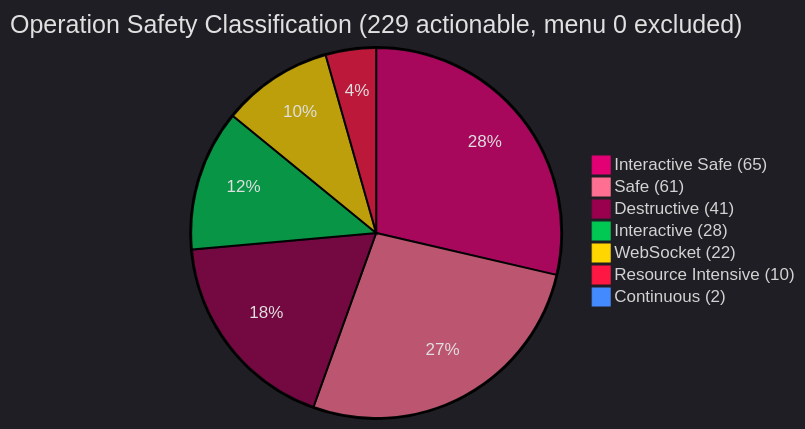
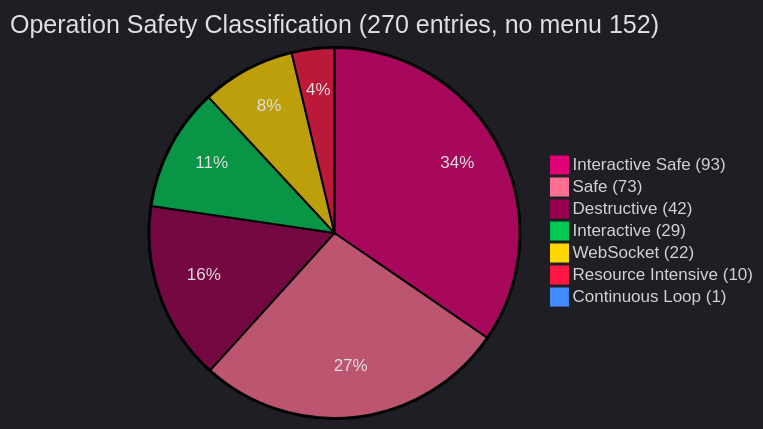
One commit to jmorrison-juniper/MistHelper changed the first of 5 diagrams in documentation/diagrams/operations/metrics-and-analytics.md. Above: the diagram before and after it, drawn with Mermaid. The commit also changed other lines of this file and 110 other files, not shown here.

````diff
--- a/documentation/diagrams/operations/metrics-and-analytics.md
+++ b/documentation/diagrams/operations/metrics-and-analytics.md
@@ -11,28 +11,28 @@
 ```mermaid
 %%{init: {'theme': 'dark', 'themeVariables': {
   'primaryColor': '#E20074',
   'primaryTextColor': '#E0E0E0',
   'primaryBorderColor': '#99004D',
   'lineColor': '#FF4DA6',
   'secondaryColor': '#16213E',
   'tertiaryColor': '#1A1A2E',
   'pie1': '#E20074',
   'pie2': '#FF6F91',
   'pie3': '#99004D',
   'pie4': '#00C853',
   'pie5': '#FFD600',
   'pie6': '#FF1744',
   'pie7': '#448AFF',
   'pie8': '#A0A0B0',
   'pieTitleTextColor': '#E0E0E0',
   'pieSectionTextColor': '#E0E0E0'
 }, 'pie': {'textPosition': 0.75}}}%%
-pie title Operation Safety Classification (229 actionable, menu 0 excluded)
-    "Interactive Safe (65)" : 65
-    "Safe (61)" : 61
-    "Destructive (41)" : 41
-    "Interactive (28)" : 28
+pie title Operation Safety Classification (270 entries, no menu 152)
+    "Interactive Safe (93)" : 93
+    "Safe (73)" : 73
+    "Destructive (42)" : 42
+    "Interactive (29)" : 29
     "WebSocket (22)" : 22
     "Resource Intensive (10)" : 10
-    "Continuous (2)" : 2
+    "Continuous Loop (1)" : 1
 ```
````
